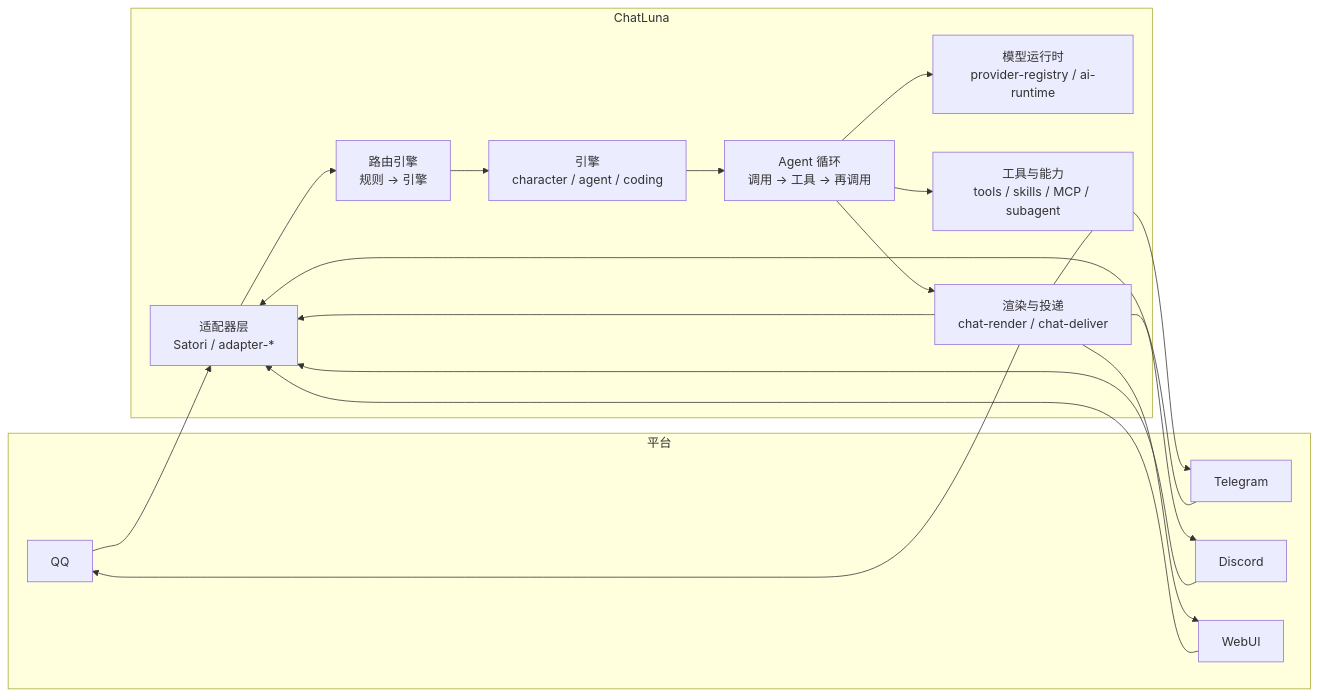
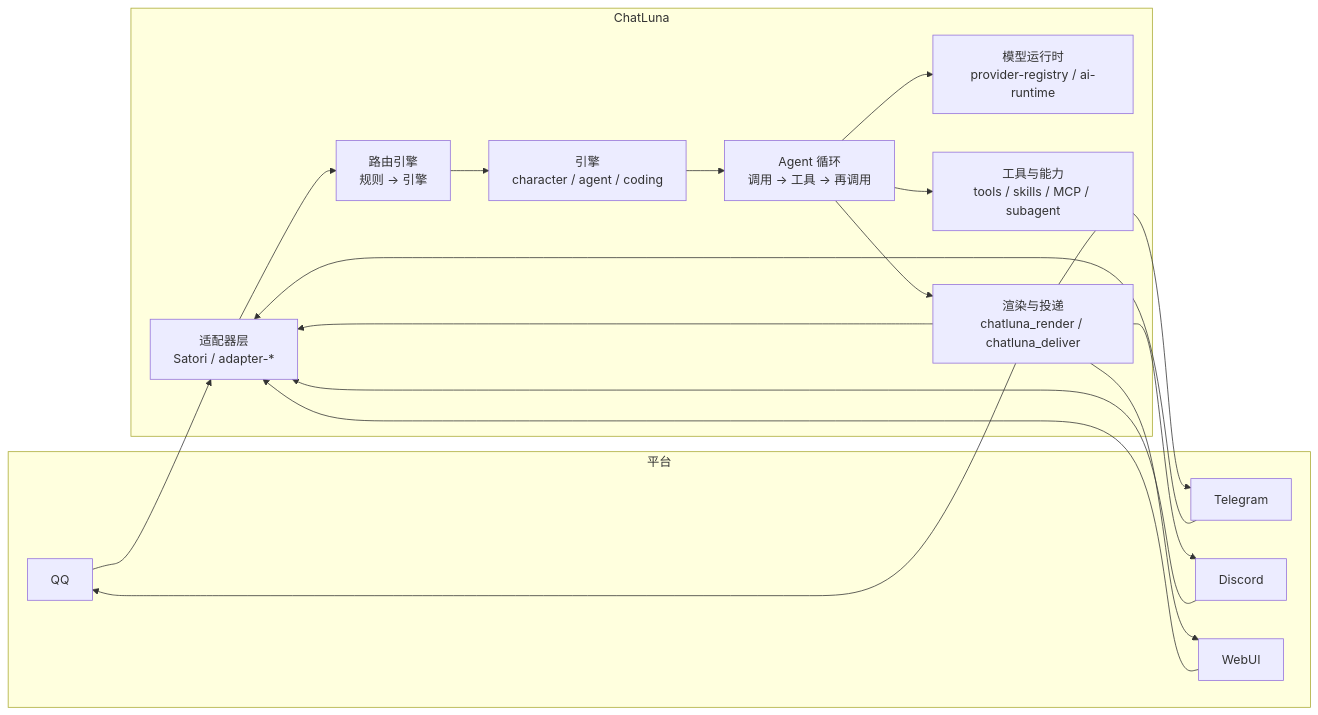
One commit to ChatLunaLab/doc changed the diagram in docs/manual/introduction.md. Above: the diagram before and after it, drawn with Mermaid. The commit also changed 3 other files, not shown here.

````diff
--- a/docs/manual/introduction.md
+++ b/docs/manual/introduction.md
@@ -22,25 +22,25 @@
 ```mermaid
 flowchart LR
     subgraph 平台
         QQ[QQ]
         TG[Telegram]
         DC[Discord]
         WEB[WebUI]
     end
 
     subgraph ChatLuna
         A[适配器层<br/>Satori / adapter-*] --> R[路由引擎<br/>规则 → 引擎]
         R --> E[引擎<br/>character / agent / coding]
         E --> L[Agent 循环<br/>调用 → 工具 → 再调用]
         L --> M[模型运行时<br/>provider-registry / ai-runtime]
         L --> T[工具与能力<br/>tools / skills / MCP / subagent]
-        L --> D[渲染与投递<br/>chat-render / chat-deliver]
+        L --> D[渲染与投递<br/>chatluna_render / chatluna_deliver]
         D --> A
     end
 
     QQ --> A
     TG --> A
     DC --> A
     WEB --> A
     D --> QQ & TG & DC & WEB
 ```
````
